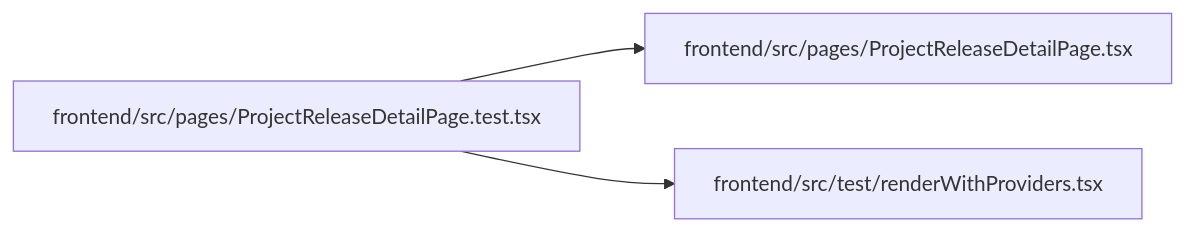
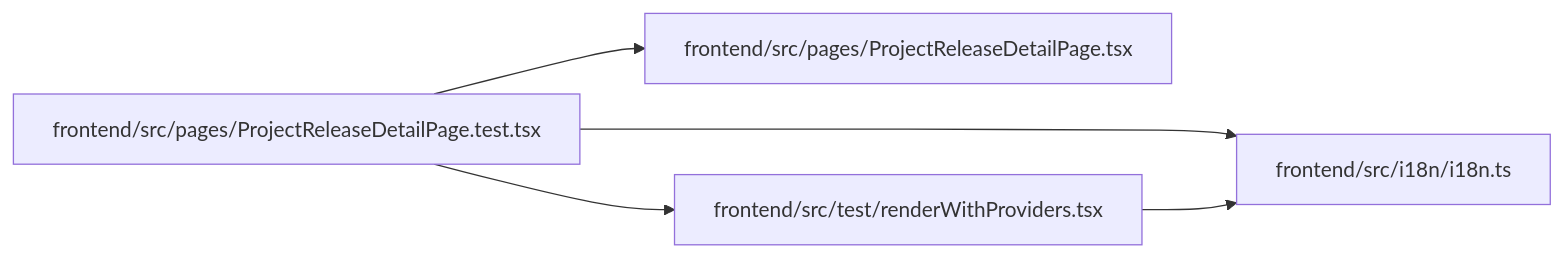
Before and after one commit to Denissvgn/WorkChord: the diagram in docs/llm_wiki/modules/ProjectReleaseDetailPage.test.md, drawn with Mermaid. The commit also changed other lines of this file and 887 other files, not shown here.

````diff
--- a/docs/llm_wiki/modules/ProjectReleaseDetailPage.test.md
+++ b/docs/llm_wiki/modules/ProjectReleaseDetailPage.test.md
@@ -29,11 +42,15 @@
 ```mermaid
 flowchart LR
-    n0["frontend/src/pages/ProjectReleaseDetailPage.test.tsx"]
-    n1["frontend/src/pages/ProjectReleaseDetailPage.tsx"]
-    n2["frontend/src/test/renderWithProviders.tsx"]
-    n0 --> n1
-    n0 --> n2
-    click n0 "../modules/ProjectReleaseDetailPage.test.md"
-    click n1 "../modules/ProjectReleaseDetailPage.md"
-    click n2 "../modules/renderWithProviders.md"
+    n0["frontend/src/i18n/i18n.ts"]
+    n1["frontend/src/pages/ProjectReleaseDetailPage.test.tsx"]
+    n2["frontend/src/pages/ProjectReleaseDetailPage.tsx"]
+    n3["frontend/src/test/renderWithProviders.tsx"]
+    n1 --> n0
+    n1 --> n2
+    n1 --> n3
+    n3 --> n0
+    click n0 "../modules/i18n.md"
+    click n1 "../modules/ProjectReleaseDetailPage.test.md"
+    click n2 "../modules/ProjectReleaseDetailPage.md"
+    click n3 "../modules/renderWithProviders.md"
 ```
````
